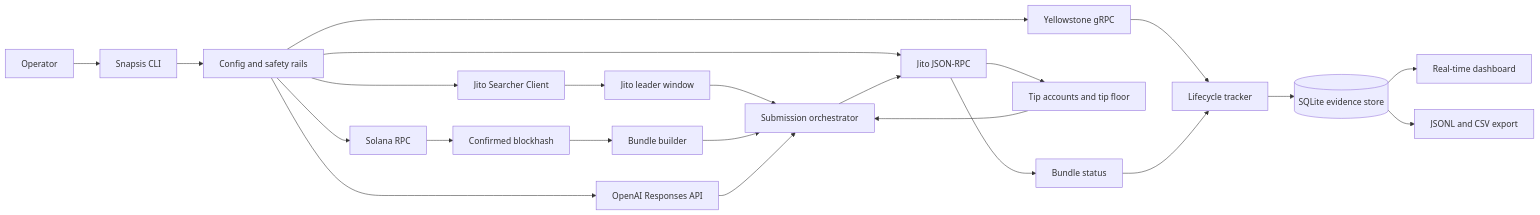
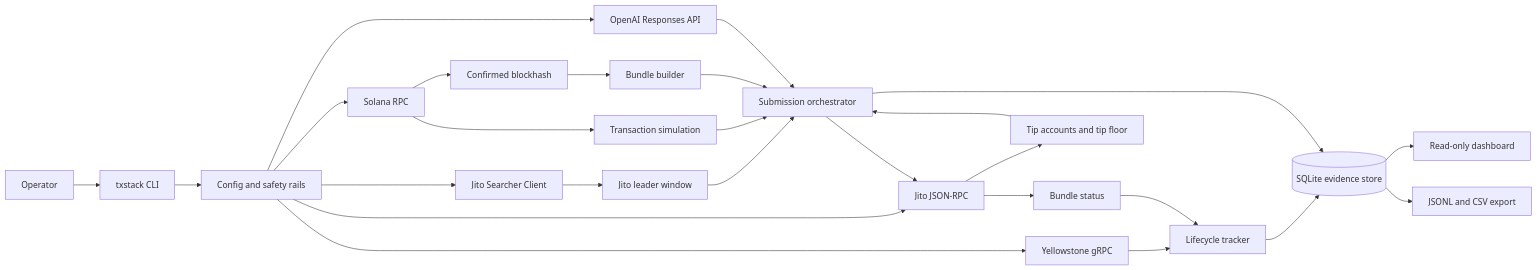
One commit to amdonatusprince/smart-transaction-stack changed the first of 9 diagrams in README.md. Above: the diagram before and after it, drawn with Mermaid. The commit also changed other lines of this file, not shown here.

````diff
--- a/README.md
+++ b/README.md
@@ -22,25 +62,32 @@
 ```mermaid
 flowchart LR
-  Operator[Operator] --> CLI[Snapsis CLI]
+  Operator[Operator] --> CLI[txstack CLI]
   CLI --> Config[Config and safety rails]
   Config --> RPC[Solana RPC]
   Config --> Yellowstone[Yellowstone gRPC]
   Config --> JitoHTTP[Jito JSON-RPC]
   Config --> JitoGRPC[Jito Searcher Client]
   Config --> OpenAI[OpenAI Responses API]
+
   JitoGRPC --> Leader[Jito leader window]
   JitoHTTP --> Tips[Tip accounts and tip floor]
   RPC --> Blockhash[Confirmed blockhash]
+  RPC --> Simulation[Transaction simulation]
+
   Leader --> Orchestrator[Submission orchestrator]
   Tips --> Orchestrator
   Blockhash --> Builder[Bundle builder]
+  Simulation --> Orchestrator
   Builder --> Orchestrator
   Orchestrator --> JitoHTTP
   JitoHTTP --> BundleStatus[Bundle status]
+
   Yellowstone --> Lifecycle[Lifecycle tracker]
   BundleStatus --> Lifecycle
   Lifecycle --> Store[(SQLite evidence store)]
+  Orchestrator --> Store
   OpenAI --> Orchestrator
-  Store --> Dashboard[Real-time dashboard]
+
+  Store --> Dashboard[Read-only dashboard]
   Store --> Export[JSONL and CSV export]
 ```
````
